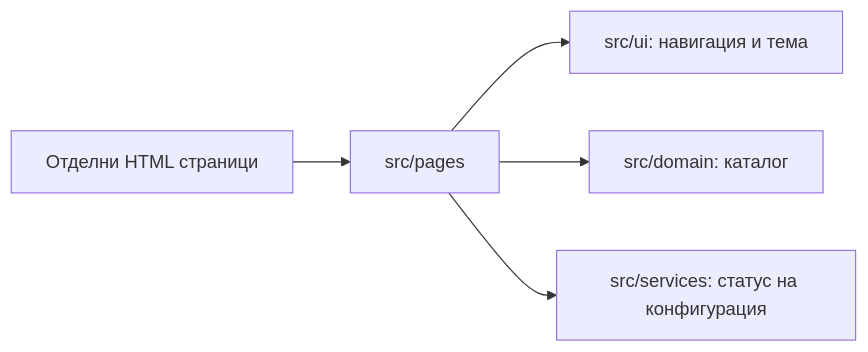
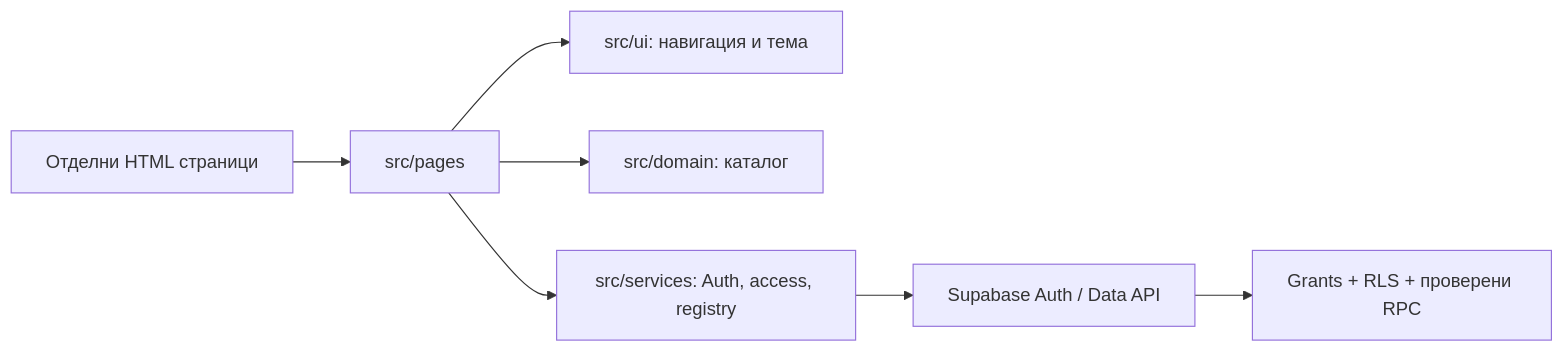
Before and after one commit to ilopolo/PropertyHub: the first of 2 diagrams in docs/public/ARCHITECTURE.md, drawn with Mermaid. The commit also changed other lines of this file and 34 other files, not shown here.

Commit message:
Add Supabase access core and verified pending Auth flow

````diff
--- a/docs/public/ARCHITECTURE.md
+++ b/docs/public/ARCHITECTURE.md
@@ -5,7 +5,9 @@
 ```mermaid
 flowchart LR
   HTML[Отделни HTML страници] --> Controller[src/pages]
   Controller --> UI[src/ui: навигация и тема]
   Controller --> Catalog[src/domain: каталог]
-  Controller --> Config[src/services: статус на конфигурация]
+  Controller --> Services[src/services: Auth, access, registry]
+  Services --> Supabase[Supabase Auth / Data API]
+  Supabase --> RLS[Grants + RLS + проверени RPC]
 ```
````
